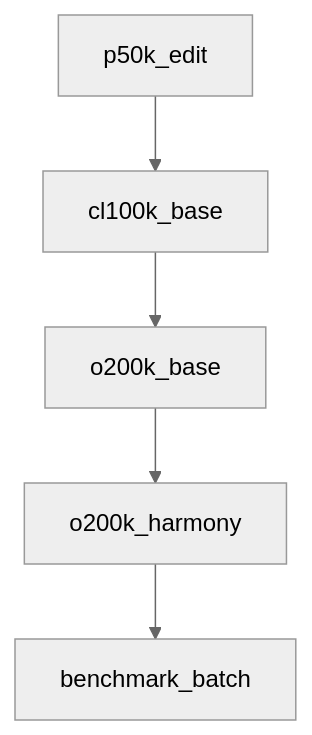
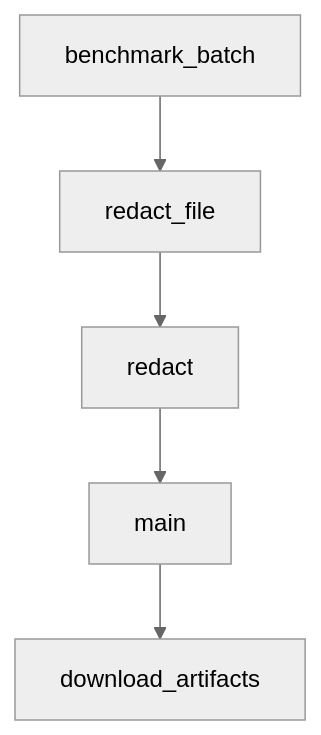
The diagram in tutorials/tiktoken-tutorial/08-cost-governance.md (johnxie/awesome-code-docs), drawn with Mermaid (neutral theme) before and after one commit. The commit also changed other lines of this file and 1232 other files, not shown here.

````diff
--- a/tutorials/tiktoken-tutorial/08-cost-governance.md
+++ b/tutorials/tiktoken-tutorial/08-cost-governance.md
@@ -274,12 +250,12 @@
 ```mermaid
 flowchart TD
-    A[p50k_edit]
-    B[cl100k_base]
-    C[o200k_base]
-    D[o200k_harmony]
-    E[benchmark_batch]
+    A[benchmark_batch]
+    B[redact_file]
+    C[redact]
+    D[main]
+    E[download_artifacts]
     A --> B
     B --> C
     C --> D
     D --> E
 ```
````
